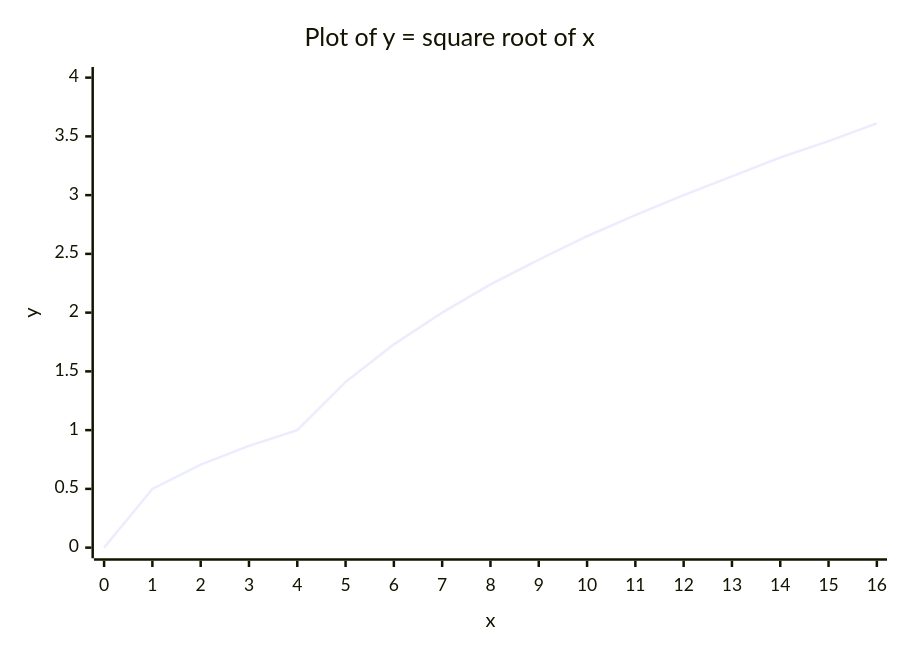
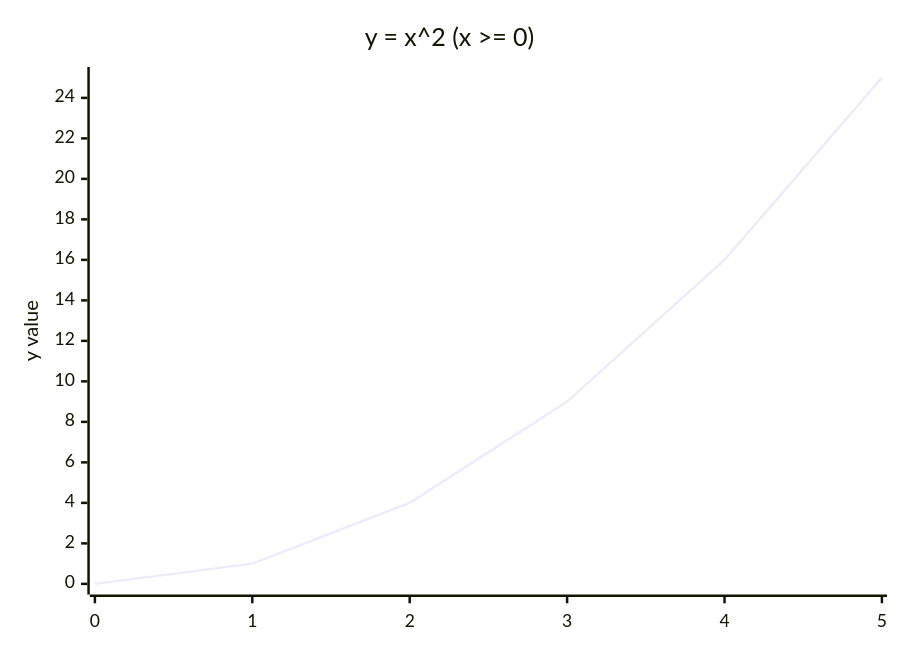
Before and after one commit to wayne-whitley/simple-initial-repository: the diagram in README.md, drawn with Mermaid. The commit also changed other lines of this file, not shown here.

````diff
--- a/README.md
+++ b/README.md
@@ -7,7 +8,7 @@
 ```mermaid
 xychart-beta
-    title "Plot of y = square root of x"
-    x-axis "x" [0, 1, 2, 3, 4, 5, 6, 7, 8, 9, 10, 11, 12, 13, 14, 15, 16]
-    y-axis "y" 0 --> 4
-    line [0, 0.5, 0.707, 0.866, 1.0, 1.41, 1.73, 2.0, 2.24, 2.45, 2.65, 2.83, 3.0, 3.16, 3.32, 3.46, 3.61, 3.74, 3.87, 4.0]
+    title "y = x^2 (x >= 0)"
+    x-axis [0, 1, 2, 3, 4, 5]
+    y-axis "y value" 0 --> 25
+    line [0, 1, 4, 9, 16, 25]
 ```
````
